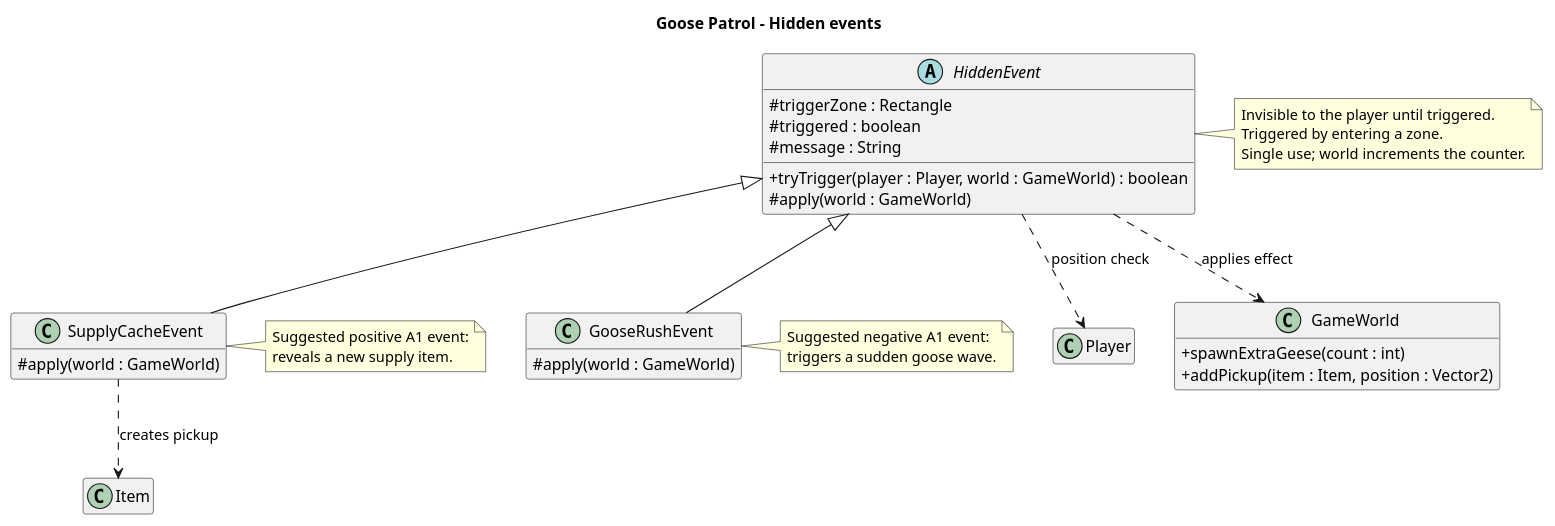
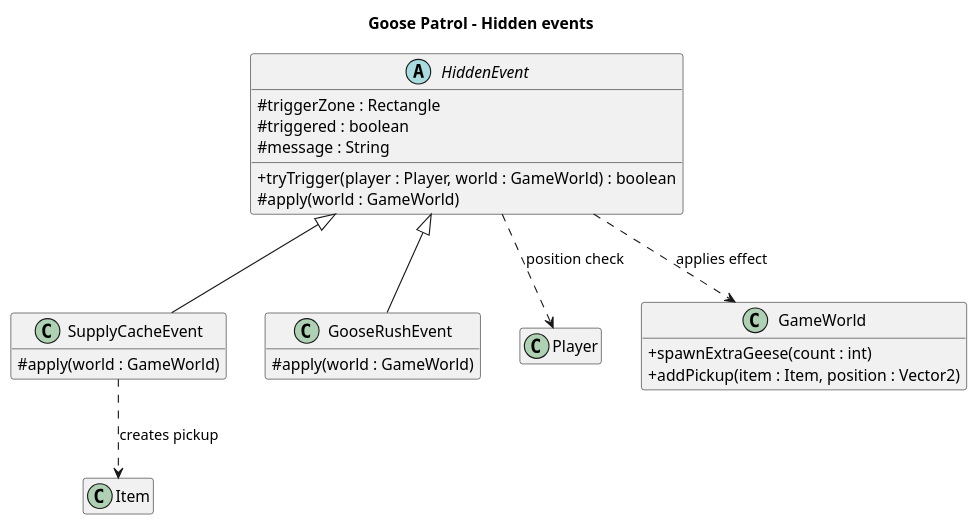
One commit to mnd514-cloud/GameChangersGooseGame changed the diagram in Architecture/03-hidden-events.puml. Above: the diagram before and after it, drawn with PlantUML. The commit also changed 1 other file, not shown here.

Commit message:
Minor UML changes

```diff
--- a/Architecture/03-hidden-events.puml
+++ b/Architecture/03-hidden-events.puml
@@ -1,46 +1,33 @@
 @startuml 03-hidden-events
 title Goose Patrol - Hidden events
 skinparam classAttributeIconSize 0
 skinparam shadowing false
 hide empty members
 
 abstract class HiddenEvent {
   #triggerZone : Rectangle
   #triggered : boolean
   #message : String
   +tryTrigger(player : Player, world : GameWorld) : boolean
   #apply(world : GameWorld)
 }
 class SupplyCacheEvent {
   #apply(world : GameWorld)
 }
 class GooseRushEvent {
   #apply(world : GameWorld)
 }
 class Player
 class GameWorld {
   +spawnExtraGeese(count : int)
   +addPickup(item : Item, position : Vector2)
 }
 class Item
 
 HiddenEvent <|-- SupplyCacheEvent
 HiddenEvent <|-- GooseRushEvent
 HiddenEvent ..> Player : position check
 HiddenEvent ..> GameWorld : applies effect
 SupplyCacheEvent ..> Item : creates pickup
 
-note right of HiddenEvent
-  Invisible to the player until triggered.
-  Triggered by entering a zone.
-  Single use; world increments the counter.
-end note
-note right of SupplyCacheEvent
-  Suggested positive A1 event:
-  reveals a new supply item.
-end note
-note right of GooseRushEvent
-  Suggested negative A1 event:
-  triggers a sudden goose wave.
-end note
 @enduml
```
